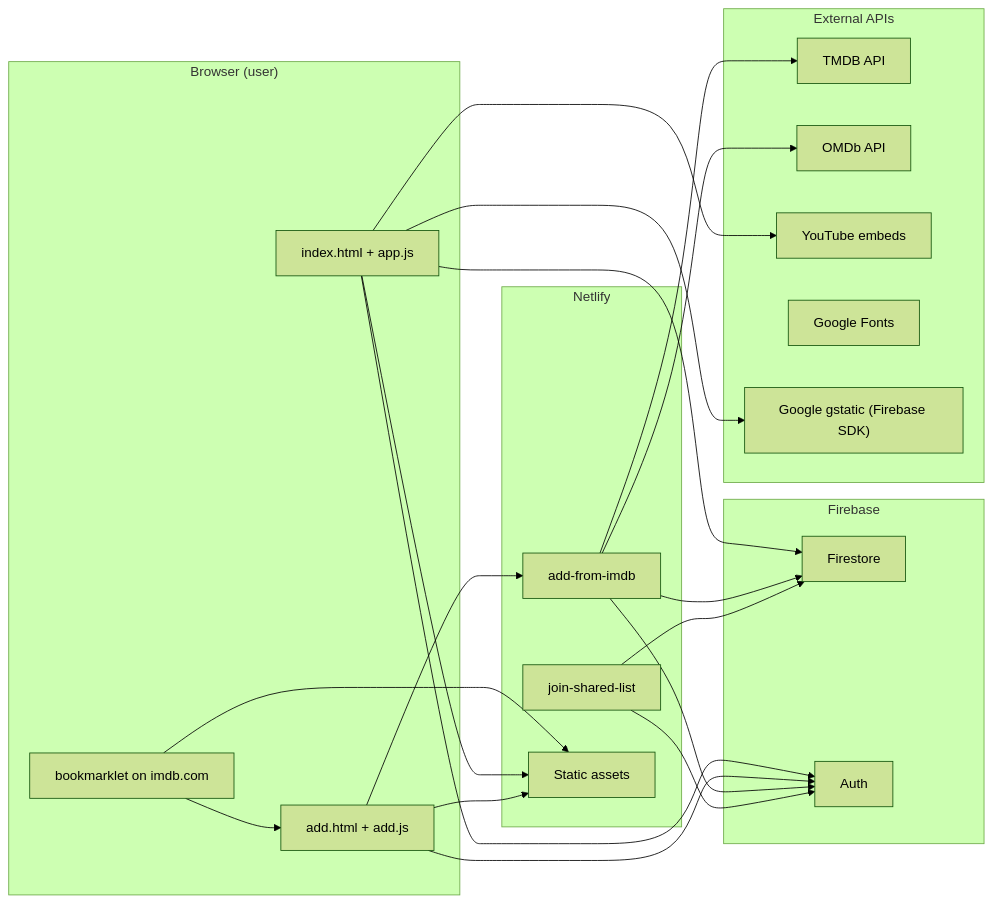
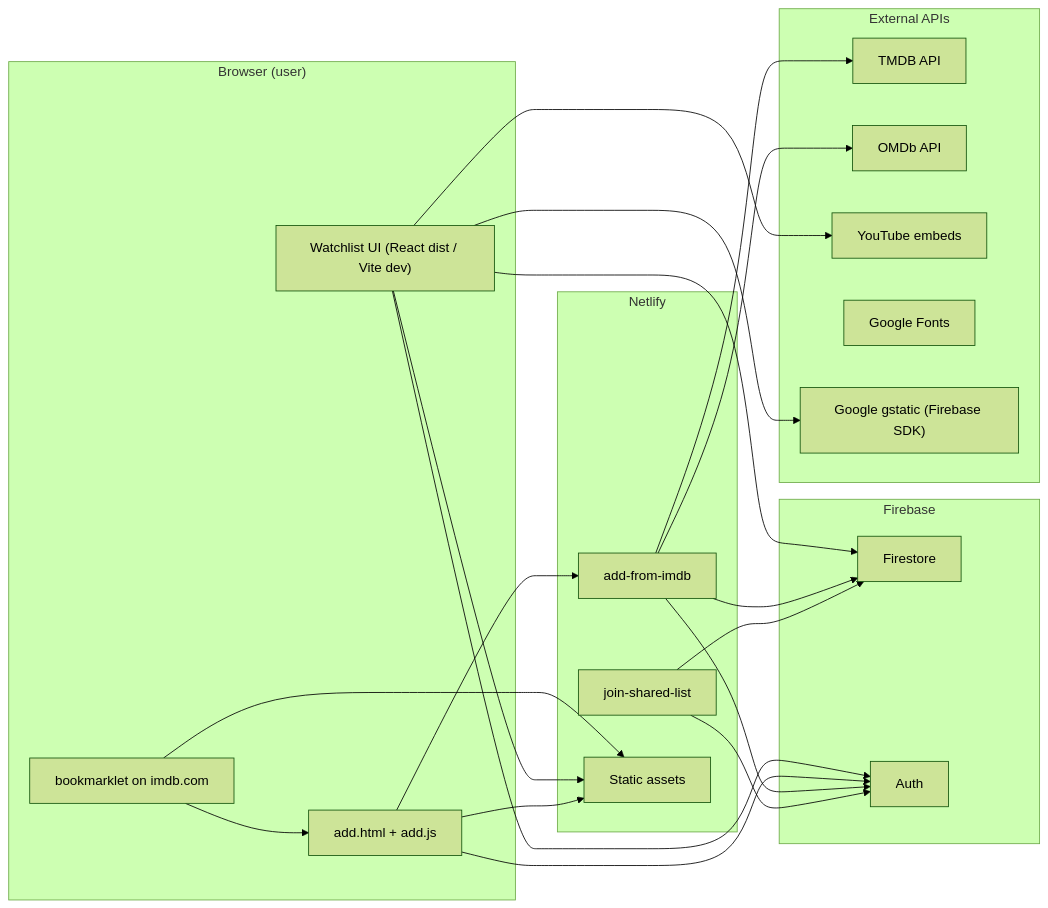
The first of 5 diagrams in system-design.md (maulbogat/watchlist-app), drawn with Mermaid (forest theme) before and after one commit. The commit also changed other lines of this file and 49 other files, not shown here.

First line of the commit message:
feat: React/Vite watchlist, remove legacy vanilla shell

````diff
--- a/system-design.md
+++ b/system-design.md
@@ -276,46 +276,46 @@
 ```mermaid
 flowchart LR
   subgraph Browser["Browser (user)"]
-    SPA["index.html + app.js"]
+    SPA["Watchlist UI (React dist / Vite dev)"]
     ADD["add.html + add.js"]
     BM["bookmarklet on imdb.com"]
   end
 
   subgraph Netlify["Netlify"]
     NF1["add-from-imdb"]
     NF2["join-shared-list"]
     Static["Static assets"]
   end
 
   subgraph Firebase["Firebase"]
     FS["Firestore"]
     FA["Auth"]
   end
 
   subgraph External["External APIs"]
     TMDB["TMDB API"]
     OMDb["OMDb API"]
     YT["YouTube embeds"]
     GFonts["Google Fonts"]
     Gstatic["Google gstatic (Firebase SDK)"]
   end
 
   SPA --> Gstatic
   SPA --> FA
   SPA --> FS
   ADD --> FA
   ADD --> NF1
   BM --> ADD
   BM --> Static
   SPA --> Static
   ADD --> Static
 
   NF1 --> FS
   NF1 --> FA
   NF1 --> TMDB
   NF1 --> OMDb
   NF2 --> FS
   NF2 --> FA
 
   SPA --> YT
 ```
````
